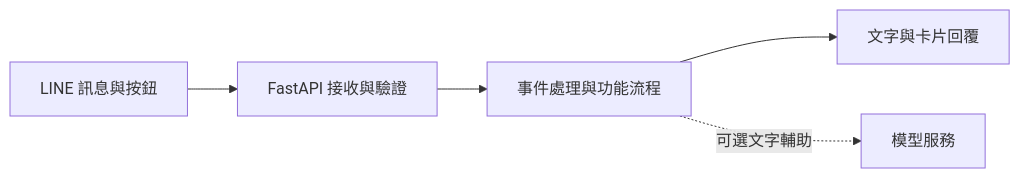
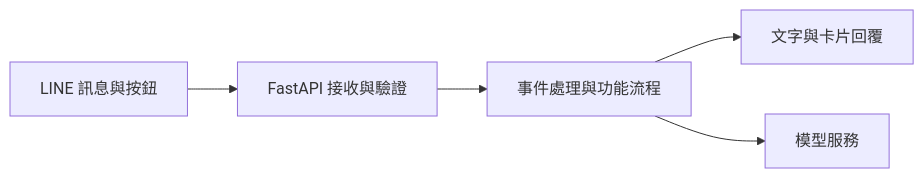
Before and after one commit to hawan0228/AI-temple: the diagram in README.md, drawn with Mermaid. The commit also changed other lines of this file, not shown here.

````diff
--- a/README.md
+++ b/README.md
@@ -18,7 +18,7 @@
 ```mermaid
 flowchart LR
     LINE[LINE 訊息與按鈕] --> API[FastAPI 接收與驗證]
     API --> FLOW[事件處理與功能流程]
     FLOW --> REPLY[文字與卡片回覆]
-    FLOW -.可選文字輔助.-> AI[模型服務]
+    FLOW --> AI[模型服務]
 ```
````
